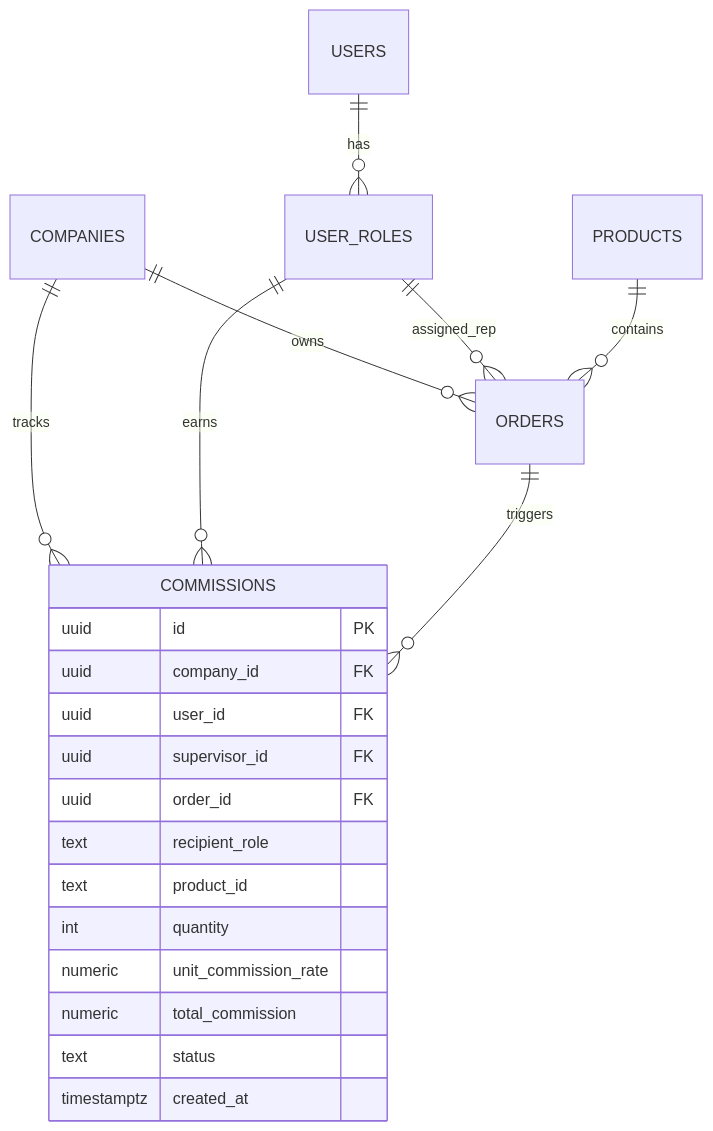
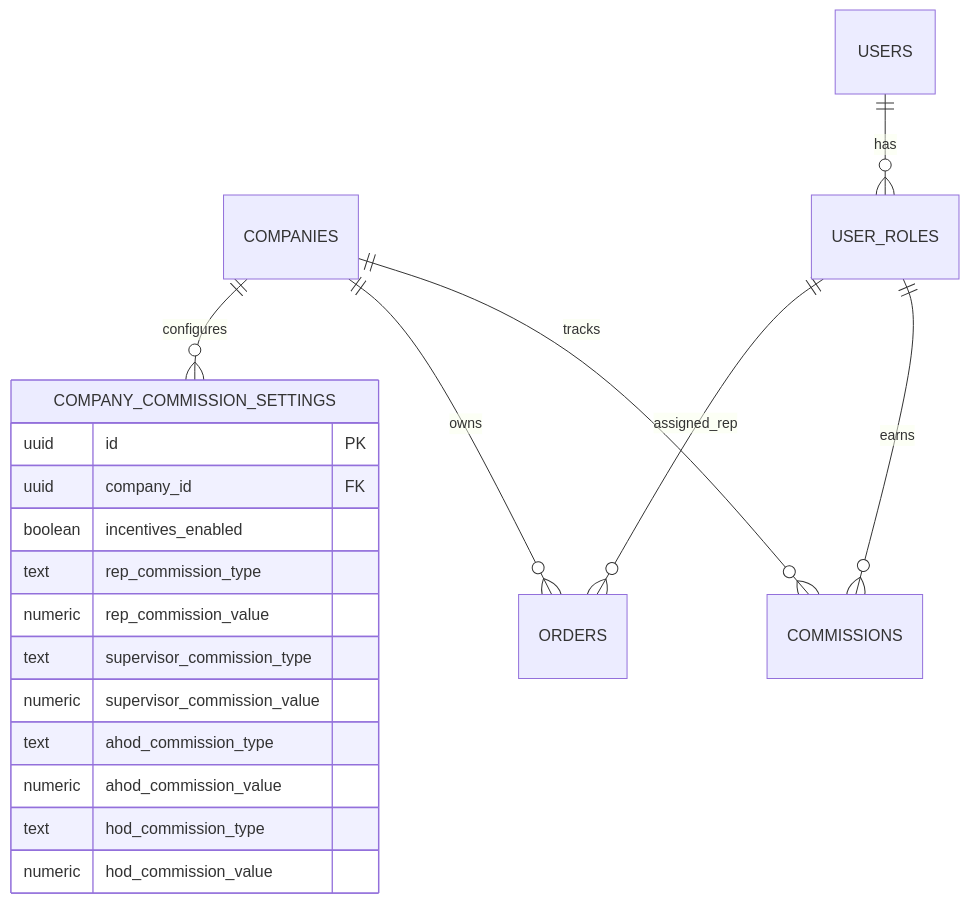
One commit to odufu/NovaSuit changed the diagram in PROJECT_CONTEXT_HIGHLIGHTS.md. Above: the diagram before and after it, drawn with Mermaid. The commit also changed other lines of this file and 1 other file, not shown here.

Commit message:
docs: update context handoff document with multi-tier commission engine and call rep financial isolation

````diff
--- a/PROJECT_CONTEXT_HIGHLIGHTS.md
+++ b/PROJECT_CONTEXT_HIGHLIGHTS.md
@@ -48,25 +56,23 @@
 ```mermaid
 erDiagram
+    COMPANIES ||--o{ COMPANY_COMMISSION_SETTINGS : configures
     COMPANIES ||--o{ ORDERS : owns
     COMPANIES ||--o{ COMMISSIONS : tracks
     USERS ||--o{ USER_ROLES : has
     USER_ROLES ||--o{ ORDERS : assigned_rep
     USER_ROLES ||--o{ COMMISSIONS : earns
-    PRODUCTS ||--o{ ORDERS : contains
-    ORDERS ||--o{ COMMISSIONS : triggers
     
-    COMMISSIONS {
+    COMPANY_COMMISSION_SETTINGS {
         uuid id PK
         uuid company_id FK
-        uuid user_id FK
-        uuid supervisor_id FK
-        uuid order_id FK
-        text recipient_role
-        text product_id
-        int quantity
-        numeric unit_commission_rate
-        numeric total_commission
-        text status
-        timestamptz created_at
+        boolean incentives_enabled
+        text rep_commission_type
+        numeric rep_commission_value
+        text supervisor_commission_type
+        numeric supervisor_commission_value
+        text ahod_commission_type
+        numeric ahod_commission_value
+        text hod_commission_type
+        numeric hod_commission_value
     }
 ```
````
